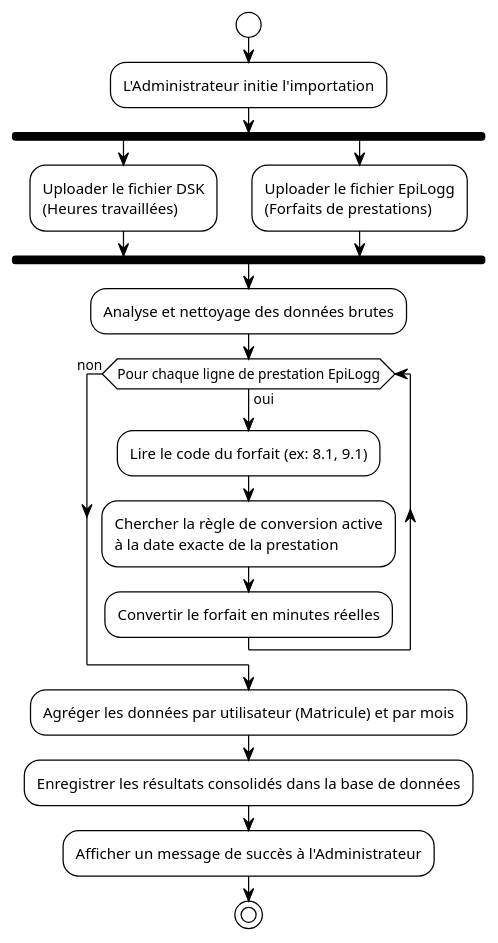
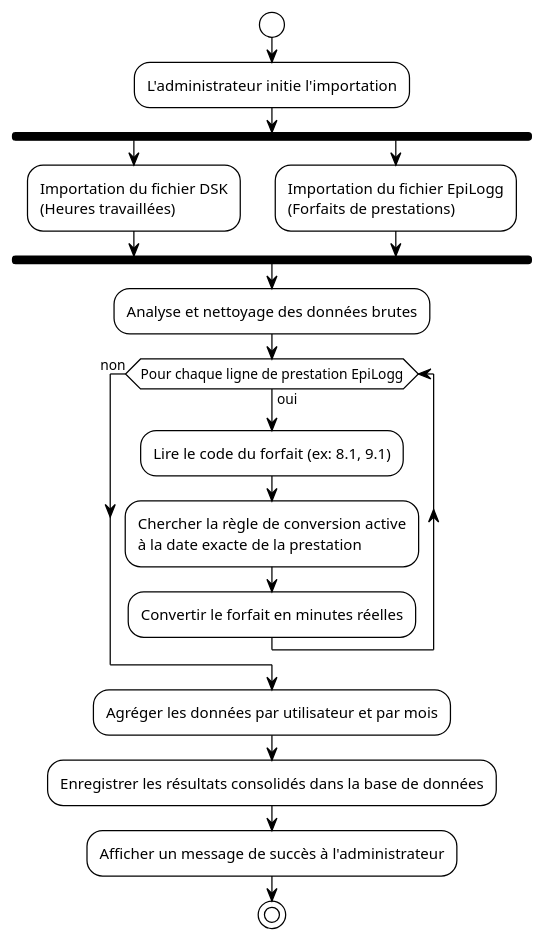
Before and after one commit to midjix/plantuml: the diagram in diagrammes d'activité/diagramme_d'activité_1.md, drawn with PlantUML. The commit also changed 2 other files, not shown here.

Commit message:
Please provide the specific file changes or a description of the modifications you have made so I can generate the commit message for you.

````diff
--- a/diagrammes d'activité/diagramme_d'activité_1.md
+++ b/diagrammes d'activité/diagramme_d'activité_1.md
@@ -1,28 +1,28 @@
 ```plantuml
 @startuml
 !theme plain
 skinparam activityShape roundBox
 
 start
-:L'Administrateur initie l'importation;
+:L'administrateur initie l'importation;
 fork
-  :Uploader le fichier DSK\n(Heures travaillées);
+  :Importation du fichier DSK\n(Heures travaillées);
 fork again
-  :Uploader le fichier EpiLogg\n(Forfaits de prestations);
+  :Importation du fichier EpiLogg\n(Forfaits de prestations);
 end fork
 
 :Analyse et nettoyage des données brutes;
 
 while (Pour chaque ligne de prestation EpiLogg) is (oui)
   :Lire le code du forfait (ex: 8.1, 9.1);
   :Chercher la règle de conversion active\nà la date exacte de la prestation;
   :Convertir le forfait en minutes réelles;
 endwhile (non)
 
-:Agréger les données par utilisateur (Matricule) et par mois;
+:Agréger les données par utilisateur et par mois;
 :Enregistrer les résultats consolidés dans la base de données;
-:Afficher un message de succès à l'Administrateur;
+:Afficher un message de succès à l'administrateur;
 
 stop
 @enduml
 ```
````
